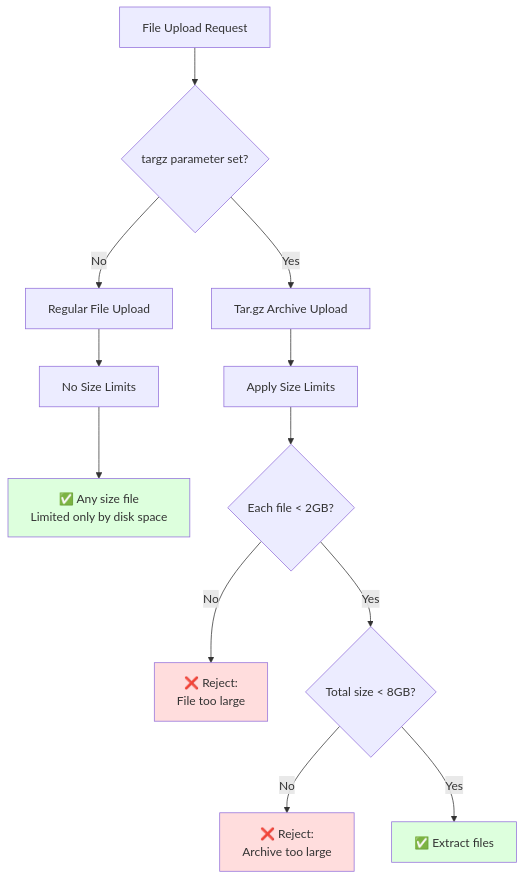
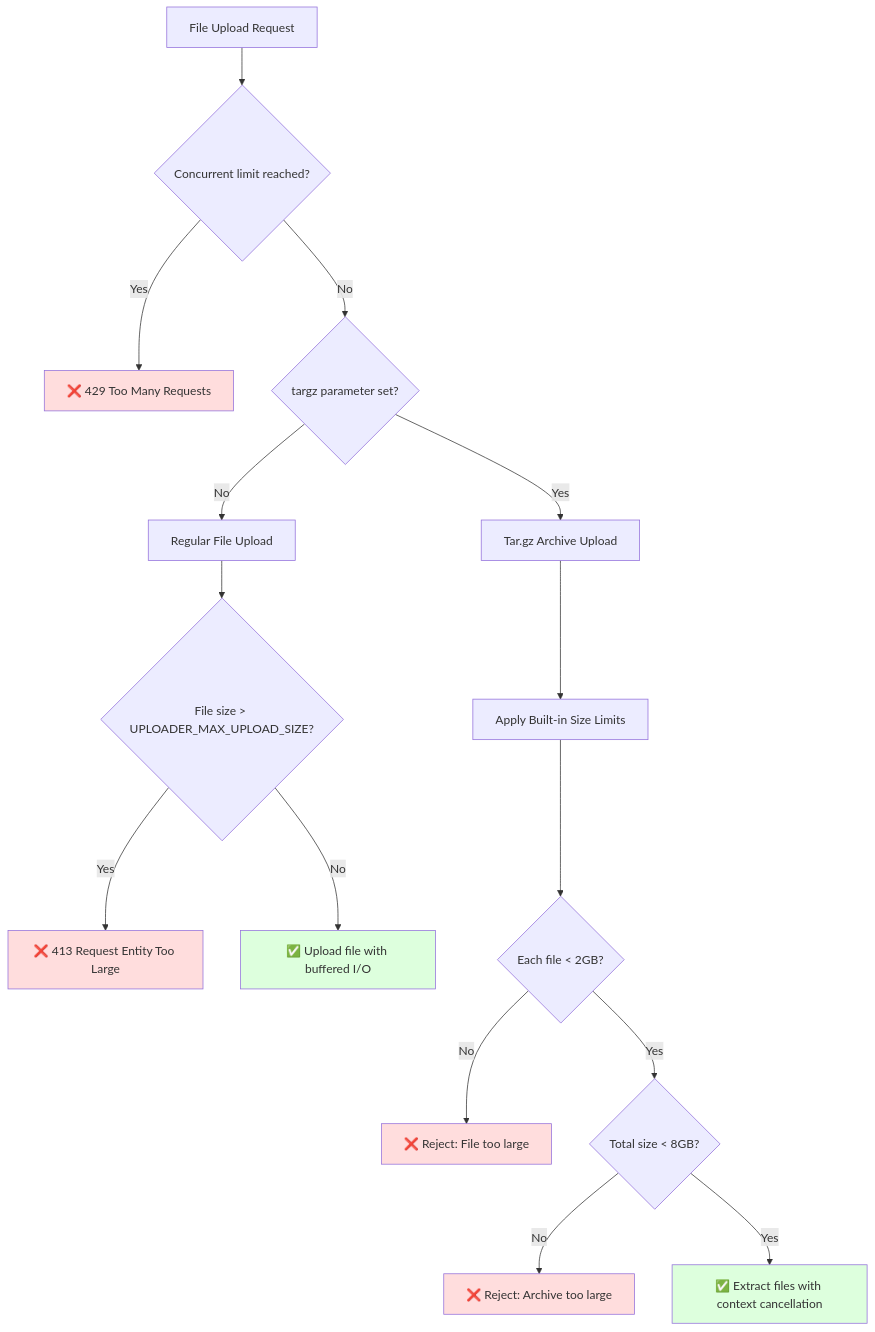
The diagram in README.md (Rcediel99/krci-cache), drawn with Mermaid before and after one commit. The commit also changed other lines of this file and 4 other files, not shown here.

````diff
--- a/README.md
+++ b/README.md
@@ -166,21 +289,27 @@
 ```mermaid
 graph TD
-    A["File Upload Request"] --> B{"targz parameter set?"}
-    B -->|No| C["Regular File Upload"]
-    B -->|Yes| D["Tar.gz Archive Upload"]
+    A["File Upload Request"] --> B{"Concurrent limit reached?"}
+    B -->|Yes| C["❌ 429 Too Many Requests"]
+    B -->|No| D{"targz parameter set?"}
     
-    C --> E["No Size Limits"]
-    E --> F["✅ Any size file<br/>Limited only by disk space"]
+    D -->|No| E["Regular File Upload"]
+    D -->|Yes| F["Tar.gz Archive Upload"]
     
-    D --> G["Apply Size Limits"]
-    G --> H{"Each file < 2GB?"}
-    H -->|No| I["❌ Reject:<br/>File too large"]
-    H -->|Yes| J{"Total size < 8GB?"}
-    J -->|No| K["❌ Reject:<br/>Archive too large"]
-    J -->|Yes| L["✅ Extract files"]
+    E --> G{"File size > UPLOADER_MAX_UPLOAD_SIZE?"}
+    G -->|Yes| H["❌ 413 Request Entity Too Large"]
+    G -->|No| I["✅ Upload file with buffered I/O"]
     
-    style F fill:#ddffdd
-    style I fill:#ffdddd
-    style K fill:#ffdddd
-    style L fill:#ddffdd
+    F --> J["Apply Built-in Size Limits"]
+    J --> K{"Each file < 2GB?"}
+    K -->|No| L["❌ Reject: File too large"]
+    K -->|Yes| M{"Total size < 8GB?"}
+    M -->|No| N["❌ Reject: Archive too large"]
+    M -->|Yes| O["✅ Extract files with context cancellation"]
+    
+    style I fill:#ddffdd
+    style O fill:#ddffdd
+    style C fill:#ffdddd
+    style H fill:#ffdddd
+    style L fill:#ffdddd
+    style N fill:#ffdddd
 ```
````
